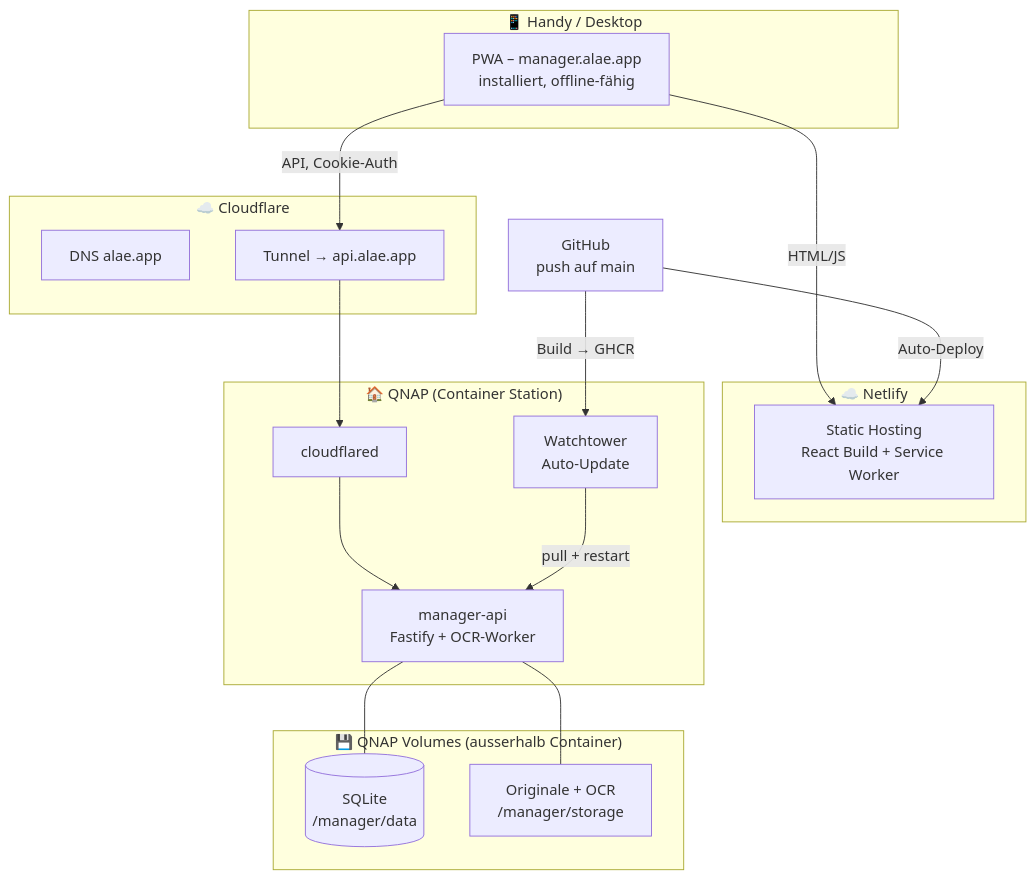
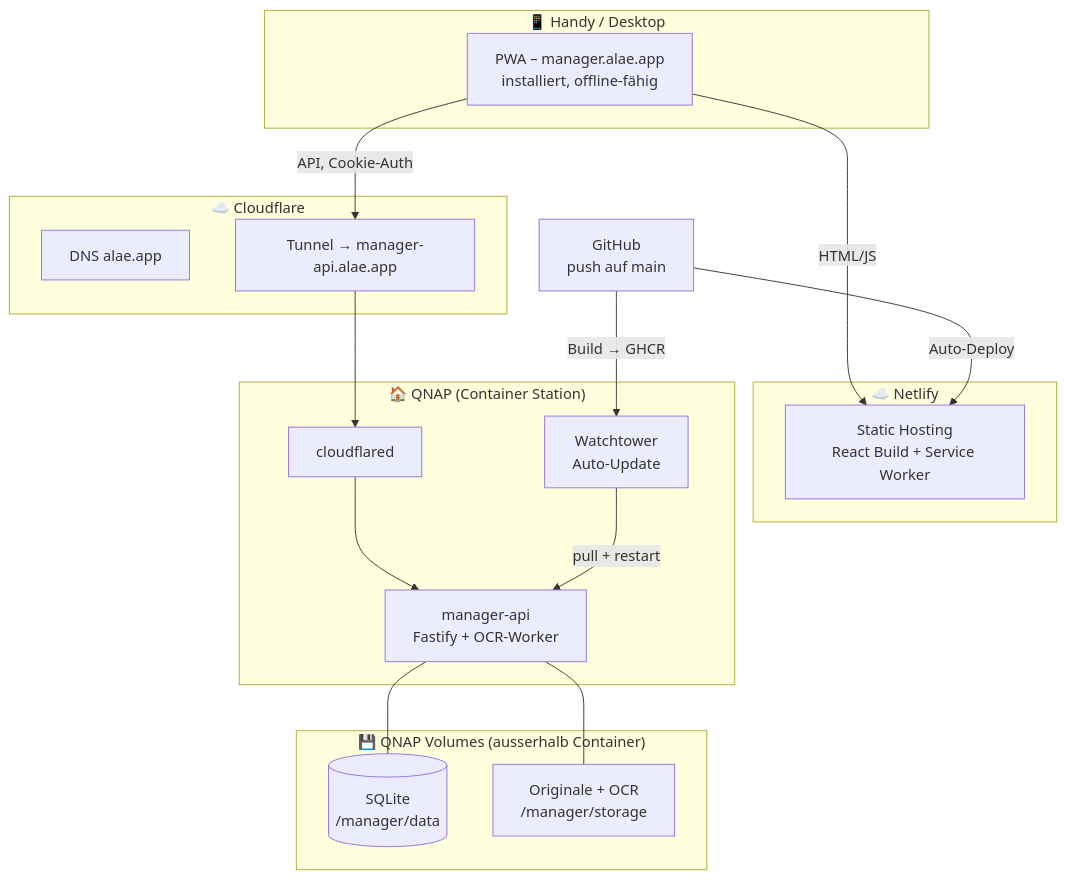
Before and after one commit to vonallmenalain/manager: the first of 4 diagrams in docs/KONZEPT.md, drawn with Mermaid. The commit also changed other lines of this file and 6 other files, not shown here.

First line of the commit message:
fix: API-Hostname auf manager-api.alae.app umstellen

````diff
--- a/docs/KONZEPT.md
+++ b/docs/KONZEPT.md
@@ -36,35 +36,35 @@
 ```mermaid
 flowchart TB
     subgraph Handy["📱 Handy / Desktop"]
         PWA["PWA – manager.alae.app<br/>installiert, offline-fähig"]
     end
 
     subgraph Netlify["☁️ Netlify"]
         CDN["Static Hosting<br/>React Build + Service Worker"]
     end
 
     subgraph CF["☁️ Cloudflare"]
         DNS["DNS alae.app"]
-        TUN["Tunnel → api.alae.app"]
+        TUN["Tunnel → manager-api.alae.app"]
     end
 
     subgraph QNAP["🏠 QNAP (Container Station)"]
         API["manager-api<br/>Fastify + OCR-Worker"]
         WT["Watchtower<br/>Auto-Update"]
         CFD["cloudflared"]
     end
 
     subgraph Vol["💾 QNAP Volumes (ausserhalb Container)"]
         DB[("SQLite<br/>/manager/data")]
         FILES["Originale + OCR<br/>/manager/storage"]
     end
 
     PWA -->|"HTML/JS"| CDN
     PWA -->|"API, Cookie-Auth"| TUN
     TUN --> CFD --> API
     API --- DB
     API --- FILES
     GH["GitHub<br/>push auf main"] -->|"Build → GHCR"| WT
     GH -->|"Auto-Deploy"| CDN
     WT -->|"pull + restart"| API
 ```
````
